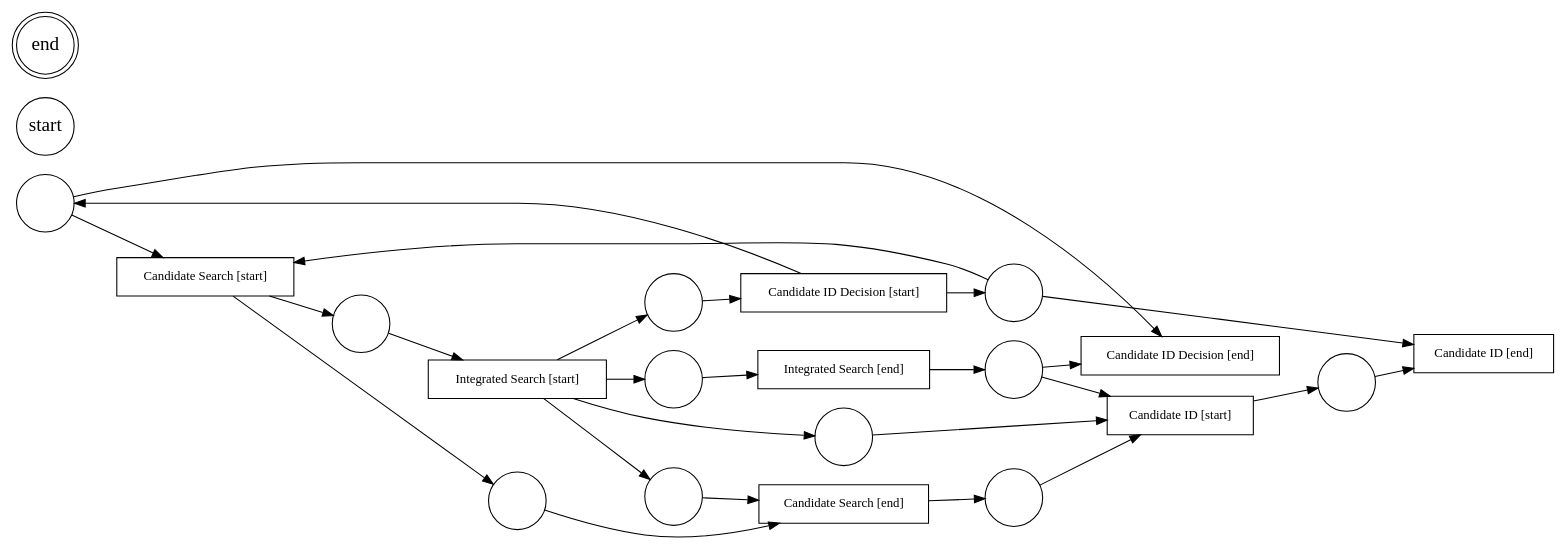
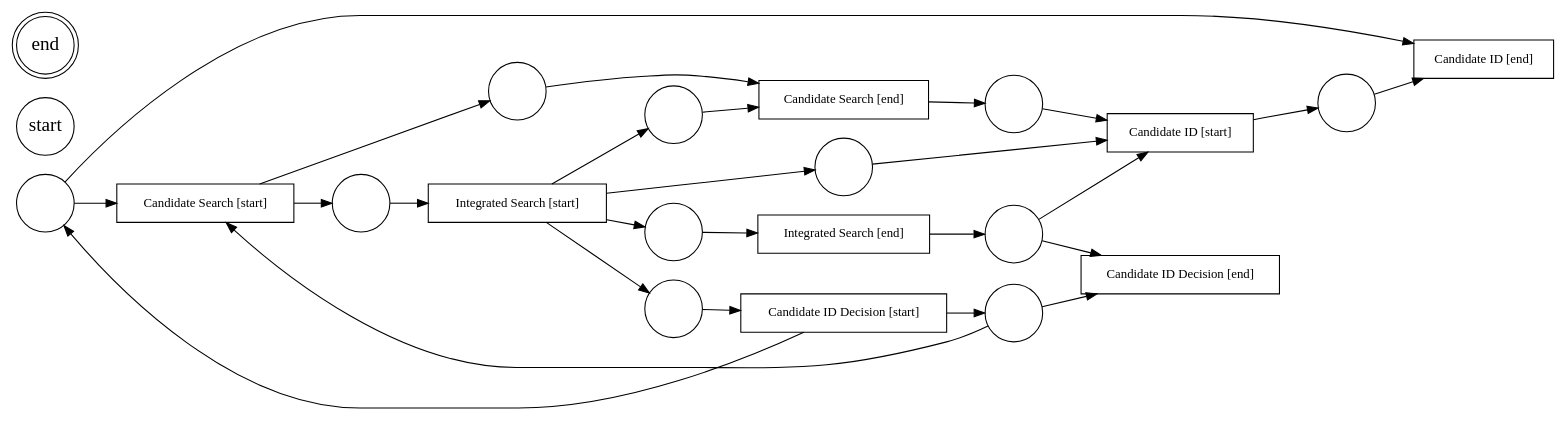
The diagram in lifecycles/level1/alpha/Candidate_Integrated Search.gv (ProcessMining-uOttawa/ircc), drawn with Graphviz before and after one commit. The commit also changed 322 other files, not shown here.

```diff
--- a/lifecycles/level1/alpha/Candidate_Integrated Search.gv
+++ b/lifecycles/level1/alpha/Candidate_Integrated Search.gv
@@ -1,51 +1,51 @@
-digraph "alpha_classic_net_1731853449.162674" {
+digraph "alpha_classic_net_1732282492.866773" {
 	graph [bgcolor=white rankdir=LR]
 	node [shape=box]
-	13946393808 [label="Candidate ID Decision [end]" border=1 fillcolor=white fontcolor=black fontsize=12 style=filled]
-	14193168912 [label="Integrated Search [start]" border=1 fillcolor=white fontcolor=black fontsize=12 style=filled]
-	14193174480 [label="Candidate ID [start]" border=1 fillcolor=white fontcolor=black fontsize=12 style=filled]
-	13464073360 [label="Candidate ID [end]" border=1 fillcolor=white fontcolor=black fontsize=12 style=filled]
-	13942204112 [label="Candidate ID Decision [start]" border=1 fillcolor=white fontcolor=black fontsize=12 style=filled]
-	13574223312 [label="Candidate Search [start]" border=1 fillcolor=white fontcolor=black fontsize=12 style=filled]
-	13574213456 [label="Integrated Search [end]" border=1 fillcolor=white fontcolor=black fontsize=12 style=filled]
-	13574224016 [label="Candidate Search [end]" border=1 fillcolor=white fontcolor=black fontsize=12 style=filled]
-	13946418832 [label="start" fillcolor=white fixedsize=true fontsize=18 shape=circle style=filled width=0.75]
-	13942623888 [label="" fillcolor=white fixedsize=true shape=circle style=filled width=0.75]
-	13942622736 [label="" fillcolor=white fixedsize=true shape=circle style=filled width=0.75]
-	13946411408 [label="" fillcolor=white fixedsize=true shape=circle style=filled width=0.75]
-	13946420880 [label="" fillcolor=white fixedsize=true shape=circle style=filled width=0.75]
-	13686468368 [label="" fillcolor=white fixedsize=true shape=circle style=filled width=0.75]
-	13686468624 [label="" fillcolor=white fixedsize=true shape=circle style=filled width=0.75]
-	13942627600 [label="" fillcolor=white fixedsize=true shape=circle style=filled width=0.75]
-	14117688464 [label="" fillcolor=white fixedsize=true shape=circle style=filled width=0.75]
-	13942622800 [label="" fillcolor=white fixedsize=true shape=circle style=filled width=0.75]
-	13942624848 [label="" fillcolor=white fixedsize=true shape=circle style=filled width=0.75]
-	13942623696 [label="" fillcolor=white fixedsize=true shape=circle style=filled width=0.75]
-	13946409296 [label="end" fillcolor=white fixedsize=true fontsize=18 shape=doublecircle style=filled width=0.75]
-	13942623888 -> 13946393808 [label="" arrowhead=normal fontsize=12]
-	13942623888 -> 13574223312 [label="" arrowhead=normal fontsize=12]
-	13942622736 -> 13464073360 [label="" arrowhead=normal fontsize=12]
-	13942622736 -> 13574223312 [label="" arrowhead=normal fontsize=12]
-	13946411408 -> 13464073360 [label="" arrowhead=normal fontsize=12]
-	13946420880 -> 14193174480 [label="" arrowhead=normal fontsize=12]
-	13686468368 -> 13574224016 [label="" arrowhead=normal fontsize=12]
-	13686468624 -> 14193168912 [label="" arrowhead=normal fontsize=12]
-	13942627600 -> 13946393808 [label="" arrowhead=normal fontsize=12]
-	13942627600 -> 14193174480 [label="" arrowhead=normal fontsize=12]
-	14117688464 -> 13942204112 [label="" arrowhead=normal fontsize=12]
-	13942622800 -> 14193174480 [label="" arrowhead=normal fontsize=12]
-	13942624848 -> 13574224016 [label="" arrowhead=normal fontsize=12]
-	13942623696 -> 13574213456 [label="" arrowhead=normal fontsize=12]
-	13942204112 -> 13942623888 [label="" arrowhead=normal fontsize=12]
-	13942204112 -> 13942622736 [label="" arrowhead=normal fontsize=12]
-	14193174480 -> 13946411408 [label="" arrowhead=normal fontsize=12]
-	13574224016 -> 13946420880 [label="" arrowhead=normal fontsize=12]
-	13574223312 -> 13686468368 [label="" arrowhead=normal fontsize=12]
-	13574223312 -> 13686468624 [label="" arrowhead=normal fontsize=12]
-	13574213456 -> 13942627600 [label="" arrowhead=normal fontsize=12]
-	14193168912 -> 14117688464 [label="" arrowhead=normal fontsize=12]
-	14193168912 -> 13942622800 [label="" arrowhead=normal fontsize=12]
-	14193168912 -> 13942624848 [label="" arrowhead=normal fontsize=12]
-	14193168912 -> 13942623696 [label="" arrowhead=normal fontsize=12]
+	13516203472 [label="Candidate ID [end]" border=1 fillcolor=white fontcolor=black fontsize=12 style=filled]
+	13354405904 [label="Candidate ID Decision [end]" border=1 fillcolor=white fontcolor=black fontsize=12 style=filled]
+	13354408272 [label="Integrated Search [end]" border=1 fillcolor=white fontcolor=black fontsize=12 style=filled]
+	13121006480 [label="Candidate ID [start]" border=1 fillcolor=white fontcolor=black fontsize=12 style=filled]
+	13354411920 [label="Candidate Search [start]" border=1 fillcolor=white fontcolor=black fontsize=12 style=filled]
+	13354410512 [label="Candidate Search [end]" border=1 fillcolor=white fontcolor=black fontsize=12 style=filled]
+	13504283664 [label="Candidate ID Decision [start]" border=1 fillcolor=white fontcolor=black fontsize=12 style=filled]
+	13366260880 [label="Integrated Search [start]" border=1 fillcolor=white fontcolor=black fontsize=12 style=filled]
+	13476896016 [label="start" fillcolor=white fixedsize=true fontsize=18 shape=circle style=filled width=0.75]
+	13464033232 [label="" fillcolor=white fixedsize=true shape=circle style=filled width=0.75]
+	13464041360 [label="" fillcolor=white fixedsize=true shape=circle style=filled width=0.75]
+	13476901520 [label="" fillcolor=white fixedsize=true shape=circle style=filled width=0.75]
+	13354411536 [label="" fillcolor=white fixedsize=true shape=circle style=filled width=0.75]
+	13476901008 [label="" fillcolor=white fixedsize=true shape=circle style=filled width=0.75]
+	13354232656 [label="" fillcolor=white fixedsize=true shape=circle style=filled width=0.75]
+	13464042512 [label="" fillcolor=white fixedsize=true shape=circle style=filled width=0.75]
+	13514665360 [label="" fillcolor=white fixedsize=true shape=circle style=filled width=0.75]
+	13514663696 [label="" fillcolor=white fixedsize=true shape=circle style=filled width=0.75]
+	13464041808 [label="" fillcolor=white fixedsize=true shape=circle style=filled width=0.75]
+	13464039632 [label="" fillcolor=white fixedsize=true shape=circle style=filled width=0.75]
+	13476893008 [label="end" fillcolor=white fixedsize=true fontsize=18 shape=doublecircle style=filled width=0.75]
+	13464033232 -> 13354405904 [label="" arrowhead=normal fontsize=12]
+	13464033232 -> 13354411920 [label="" arrowhead=normal fontsize=12]
+	13464041360 -> 13516203472 [label="" arrowhead=normal fontsize=12]
+	13464041360 -> 13354411920 [label="" arrowhead=normal fontsize=12]
+	13476901520 -> 13516203472 [label="" arrowhead=normal fontsize=12]
+	13354411536 -> 13121006480 [label="" arrowhead=normal fontsize=12]
+	13476901008 -> 13354410512 [label="" arrowhead=normal fontsize=12]
+	13354232656 -> 13366260880 [label="" arrowhead=normal fontsize=12]
+	13464042512 -> 13354405904 [label="" arrowhead=normal fontsize=12]
+	13464042512 -> 13121006480 [label="" arrowhead=normal fontsize=12]
+	13514665360 -> 13504283664 [label="" arrowhead=normal fontsize=12]
+	13514663696 -> 13121006480 [label="" arrowhead=normal fontsize=12]
+	13464041808 -> 13354410512 [label="" arrowhead=normal fontsize=12]
+	13464039632 -> 13354408272 [label="" arrowhead=normal fontsize=12]
+	13504283664 -> 13464033232 [label="" arrowhead=normal fontsize=12]
+	13504283664 -> 13464041360 [label="" arrowhead=normal fontsize=12]
+	13121006480 -> 13476901520 [label="" arrowhead=normal fontsize=12]
+	13354410512 -> 13354411536 [label="" arrowhead=normal fontsize=12]
+	13354411920 -> 13476901008 [label="" arrowhead=normal fontsize=12]
+	13354411920 -> 13354232656 [label="" arrowhead=normal fontsize=12]
+	13354408272 -> 13464042512 [label="" arrowhead=normal fontsize=12]
+	13366260880 -> 13514665360 [label="" arrowhead=normal fontsize=12]
+	13366260880 -> 13514663696 [label="" arrowhead=normal fontsize=12]
+	13366260880 -> 13464041808 [label="" arrowhead=normal fontsize=12]
+	13366260880 -> 13464039632 [label="" arrowhead=normal fontsize=12]
 	overlap=false
 }
```
